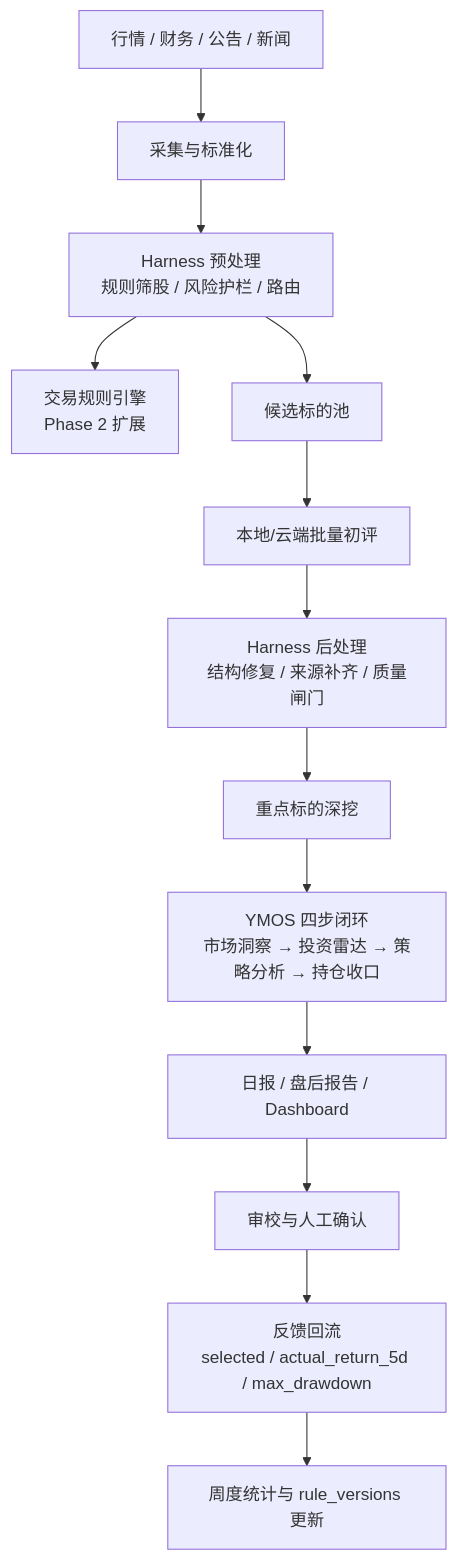
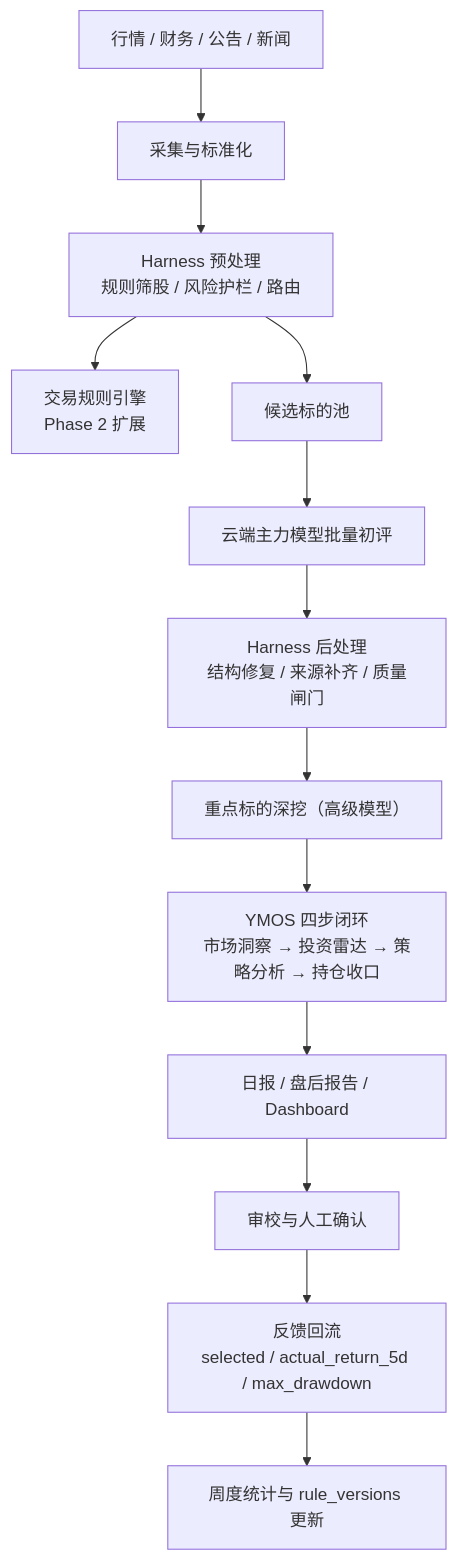
The fourth of 9 diagrams in docs/superpowers/plans/2026-03-30-finance-media-research-automation-diagrams.md (leeliu2580-ui/YMOS), drawn with Mermaid before and after one commit. The commit also changed other lines of this file and 6 other files, not shown here.

````diff
--- a/docs/superpowers/plans/2026-03-30-finance-media-research-automation-diagrams.md
+++ b/docs/superpowers/plans/2026-03-30-finance-media-research-automation-diagrams.md
@@ -151,15 +151,15 @@
 ```mermaid
 flowchart TB
     R1[行情 / 财务 / 公告 / 新闻] --> R2[采集与标准化]
     R2 --> R3[Harness 预处理\n规则筛股 / 风险护栏 / 路由]
     R3 --> R35[交易规则引擎\nPhase 2 扩展]
     R3 --> R4[候选标的池]
-    R4 --> R5[本地/云端批量初评]
+    R4 --> R5[云端主力模型批量初评]
     R5 --> R55[Harness 后处理\n结构修复 / 来源补齐 / 质量闸门]
-    R55 --> R6[重点标的深挖]
+    R55 --> R6[重点标的深挖（高级模型）]
     R6 --> R7[YMOS 四步闭环\n市场洞察 → 投资雷达 → 策略分析 → 持仓收口]
     R7 --> R8[日报 / 盘后报告 / Dashboard]
     R8 --> R9[审校与人工确认]
     R9 --> R10[反馈回流\nselected / actual_return_5d / max_drawdown]
     R10 --> R11[周度统计与 rule_versions 更新]
 ```
````
